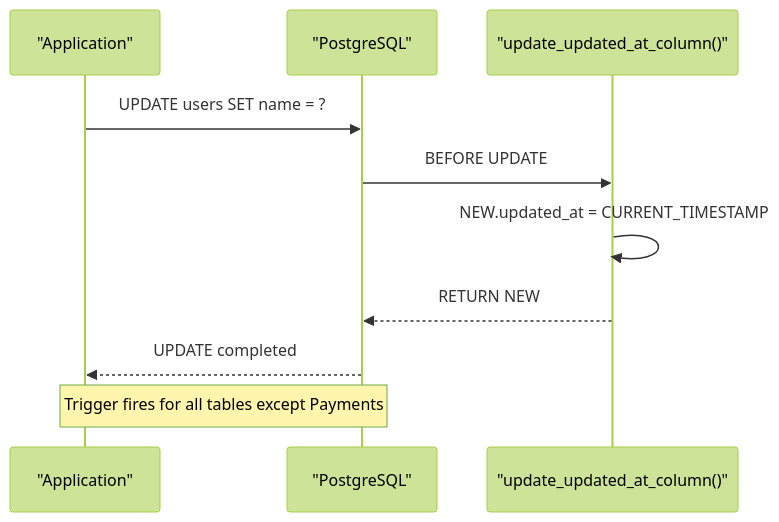
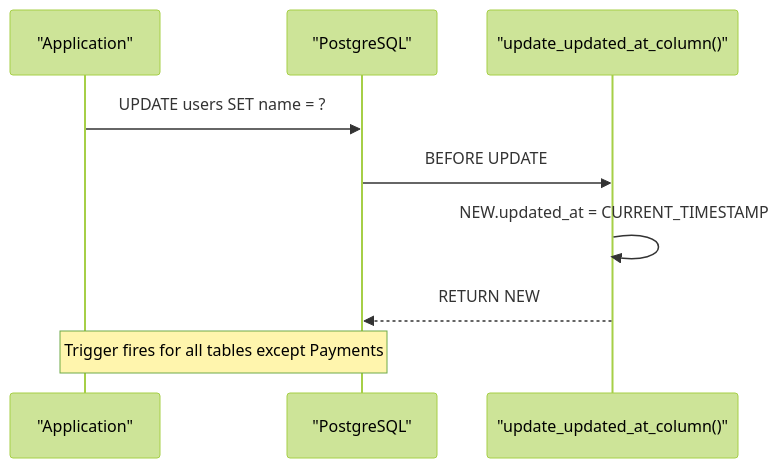
One commit to Alexandrexicara/craque-vision changed the fifth of 5 diagrams in .qoder/repowiki/en/content/Database Design/Database Schema Overview.md. Above: the diagram before and after it, drawn with Mermaid (forest theme). The commit also changed other lines of this file and 10 other files, not shown here.

````diff
--- a/.qoder/repowiki/en/content/Database Design/Database Schema Overview.md
+++ b/.qoder/repowiki/en/content/Database Design/Database Schema Overview.md
@@ -391,12 +447,11 @@
 ```mermaid
 sequenceDiagram
 participant App as "Application"
 participant DB as "PostgreSQL"
 participant Trigger as "update_updated_at_column()"
 App->>DB : UPDATE users SET name = ?
 DB->>Trigger : BEFORE UPDATE
 Trigger->>Trigger : NEW.updated_at = CURRENT_TIMESTAMP
 Trigger-->>DB : RETURN NEW
-DB-->>App : UPDATE completed
 Note over App,DB : Trigger fires for all tables except Payments
 ```
````
